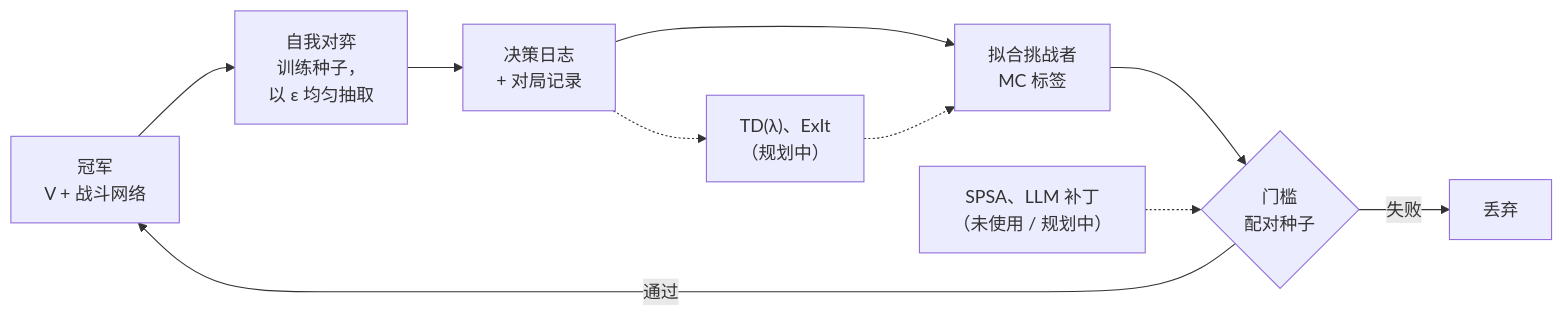
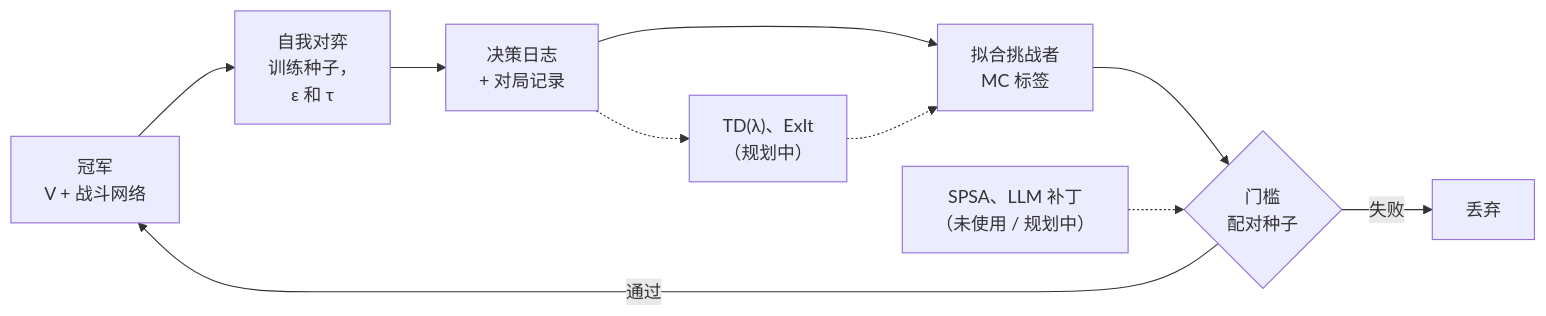
One commit to shinnku-nikaidou/spire-zero changed the diagram in docs/src/content/docs/arch/learning/index.mdx. Above: the diagram before and after it, drawn with Mermaid. The commit also changed other lines of this file and 92 other files, not shown here.

````diff
--- a/docs/src/content/docs/arch/learning/index.mdx
+++ b/docs/src/content/docs/arch/learning/index.mdx
@@ -38,12 +38,12 @@
 ```mermaid
 flowchart LR
-  C["冠军<br/>V + 战斗网络"] --> SP["自我对弈<br/>训练种子，<br/>以 ε 均匀抽取"]
+  C["冠军<br/>V + 战斗网络"] --> SP["自我对弈<br/>训练种子，<br/>ε 和 τ"]
   SP --> D["决策日志<br/>+ 对局记录"]
   D --> F["拟合挑战者<br/>MC 标签"]
   F --> G{"门槛<br/>配对种子"}
   G -->|"通过"| C
   G -->|"失败"| X["丢弃"]
   D -.-> TD["TD(λ)、ExIt<br/>（规划中）"]
   TD -.-> F
   P["SPSA、LLM 补丁<br/>（未使用 / 规划中）"] -.-> G
 ```
````
